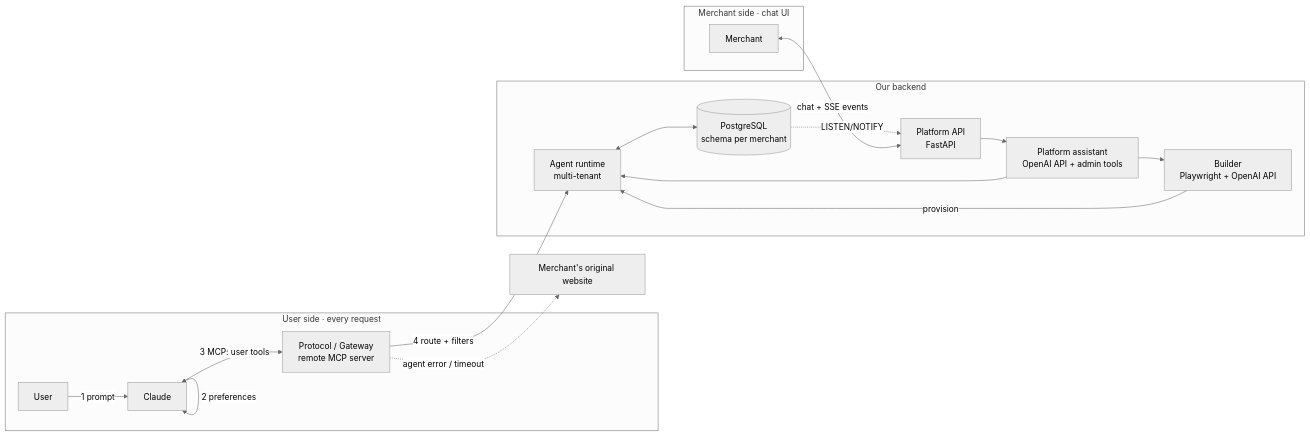
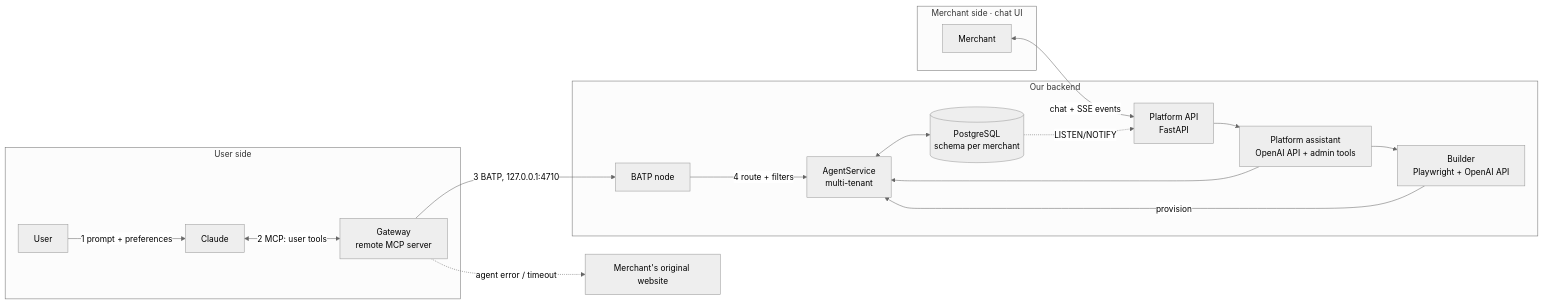
One commit to MaxEntz/BaselHack2026 changed the diagram in AGENTS.md. Above: the diagram before and after it, drawn with Mermaid (neutral theme). The commit also changed other lines of this file, not shown here.

````diff
--- a/AGENTS.md
+++ b/AGENTS.md
@@ -68,24 +37,24 @@
 ```mermaid
 flowchart LR
-  subgraph USER[User side · every request]
-    User -->|1 prompt| Claude
-    Claude -->|2 preferences| Claude
-    Claude <-->|3 MCP: user tools| Gateway[Protocol / Gateway<br/>remote MCP server]
+  subgraph USER[User side]
+    User -->|1 prompt + preferences| Claude
+    Claude <-->|2 MCP: user tools| Gateway[Gateway<br/>remote MCP server]
   end
 
   subgraph CORE[Our backend]
-    Gateway -->|4 route + filters| Agent[Agent runtime<br/>multi-tenant]
+    Gateway -->|3 BATP, 127.0.0.1:4710| Node[BATP node]
+    Node -->|4 route + filters| Agent[AgentService<br/>multi-tenant]
     Agent <--> DB[(PostgreSQL<br/>schema per merchant)]
     Platform[Platform API<br/>FastAPI] --> Assistant[Platform assistant<br/>OpenAI API + admin tools]
     Assistant --> Agent
     Assistant --> Builder[Builder<br/>Playwright + OpenAI API]
     Builder -->|provision| Agent
     DB -. LISTEN/NOTIFY .-> Platform
   end
 
   subgraph MERCHANT[Merchant side · chat UI]
     Merchant <-->|chat + SSE events| Platform
   end
 
   Gateway -. agent error / timeout .-> Fallback[Merchant's original website]
 ```
````
